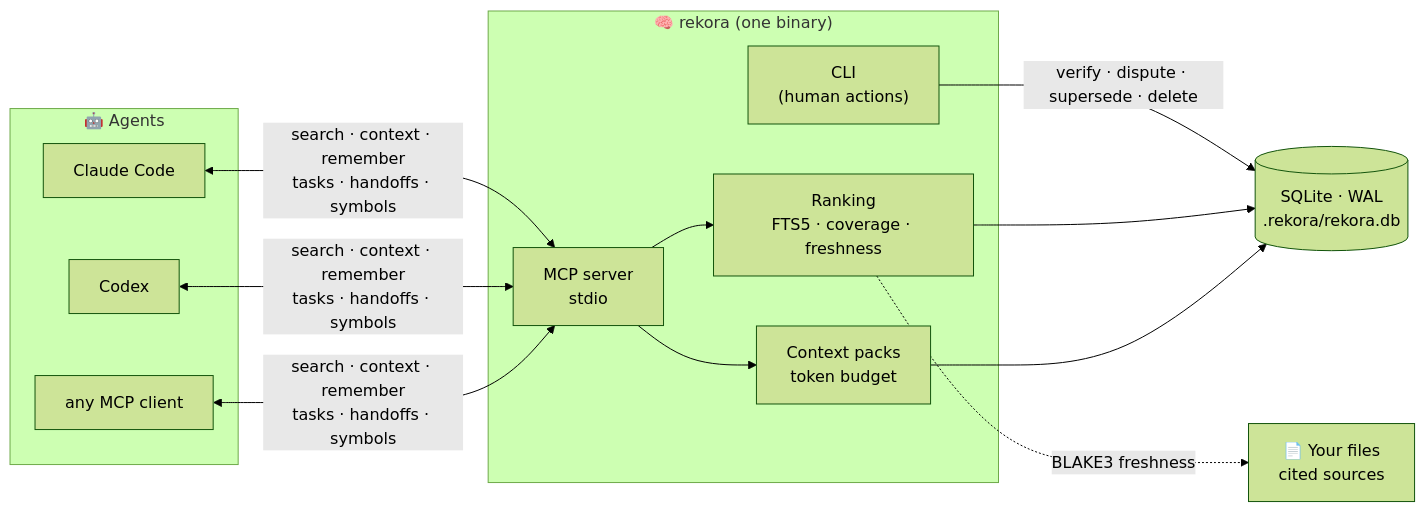
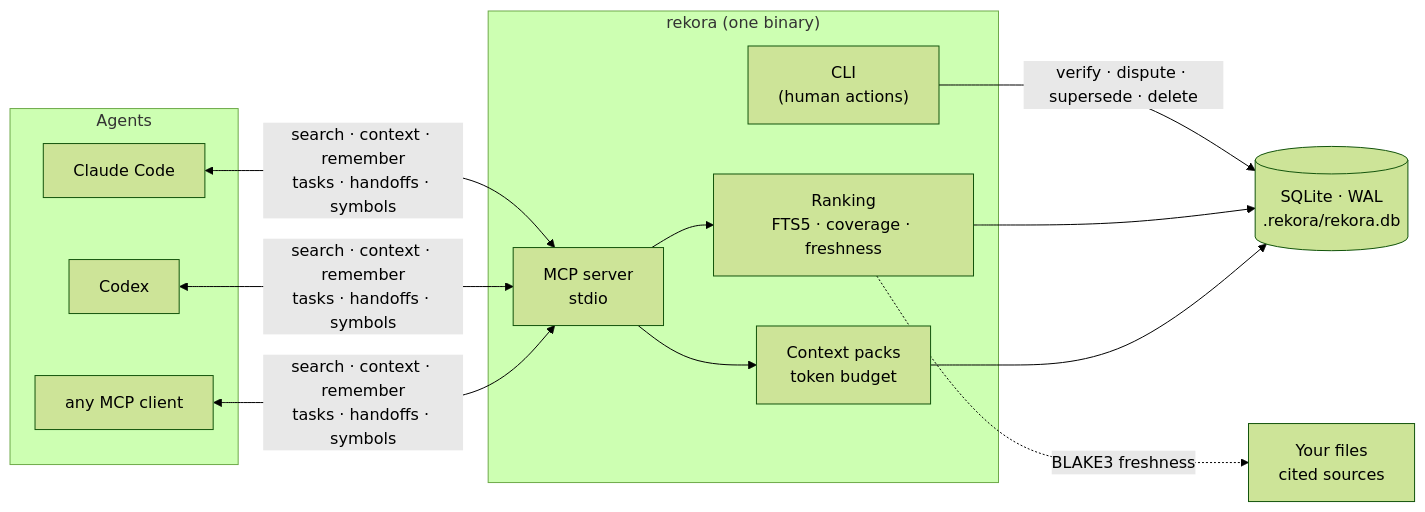
Before and after one commit to robgallardof/rekora: the diagram in README.md, drawn with Mermaid (forest theme). The commit also changed other lines of this file and 10 other files, not shown here.

````diff
--- a/README.md
+++ b/README.md
@@ -74,22 +80,22 @@
 ```mermaid
 flowchart LR
-    subgraph Agents["🤖 Agents"]
+    subgraph Agents["Agents"]
         CC["Claude Code"]
         CX["Codex"]
         AN["any MCP client"]
     end
-    subgraph Rekora["🧠 rekora (one binary)"]
+    subgraph Rekora["rekora (one binary)"]
         MCP["MCP server<br/>stdio"]
         CLI["CLI<br/>(human actions)"]
         RANK["Ranking<br/>FTS5 · coverage · freshness"]
         PACK["Context packs<br/>token budget"]
     end
     DB[("SQLite · WAL<br/>.rekora/rekora.db")]
-    SRC["📄 Your files<br/>cited sources"]
+    SRC["Your files<br/>cited sources"]
 
     CC & CX & AN <-->|search · context · remember<br/>tasks · handoffs · symbols| MCP
     CLI -->|verify · dispute · supersede · delete| DB
     MCP --> RANK --> DB
     MCP --> PACK --> DB
     RANK -. BLAKE3 freshness .-> SRC
 ```
````
